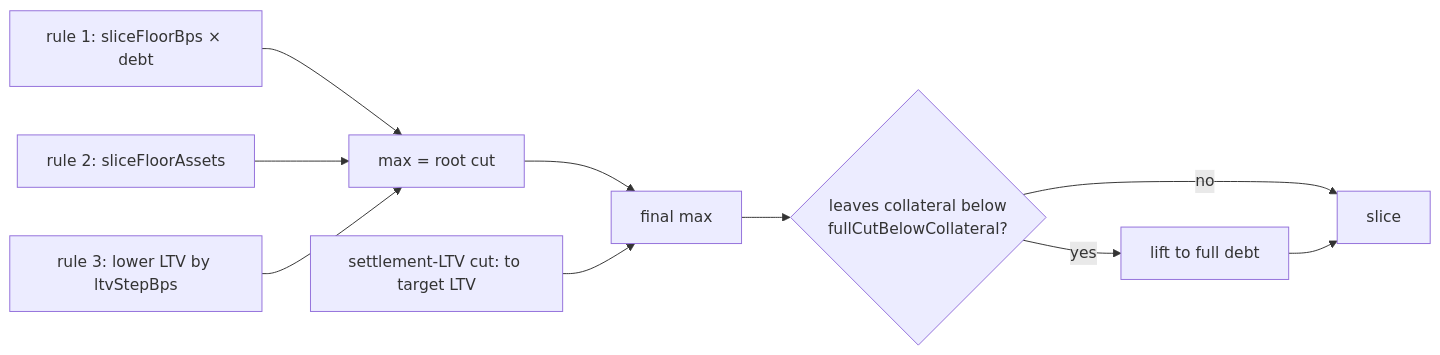
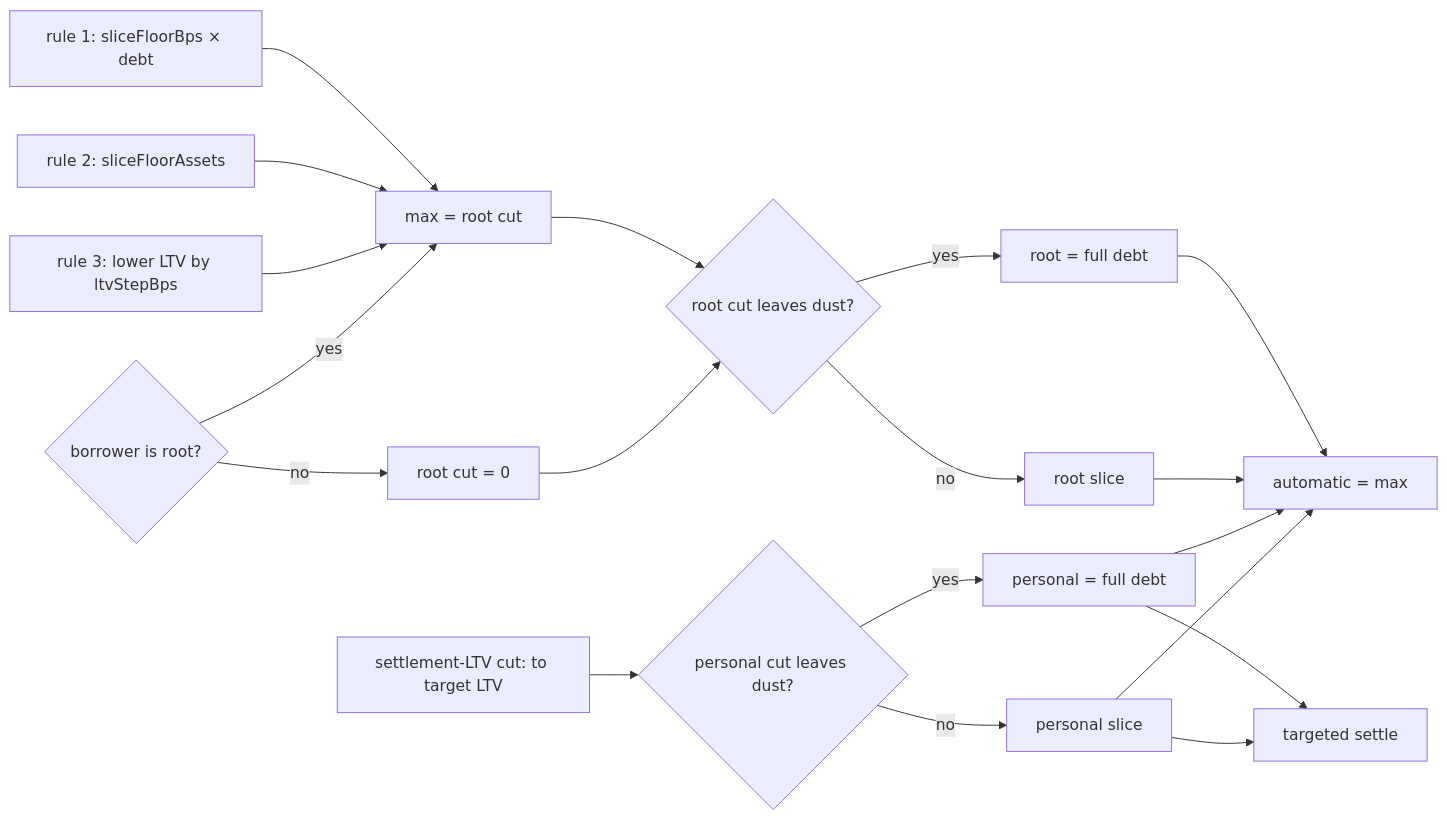
Before and after one commit to lidofinance/lend-markets: the third of 3 diagrams in docs/specs/architecture.md, drawn with Mermaid. The commit also changed other lines of this file and 22 other files, not shown here.

````diff
--- a/docs/specs/architecture.md
+++ b/docs/specs/architecture.md
@@ -245,12 +271,21 @@
 ```mermaid
 flowchart LR
     A["rule 1: sliceFloorBps × debt"] --> MR[max = root cut]
     B["rule 2: sliceFloorAssets"] --> MR
     C["rule 3: lower LTV by ltvStepBps"] --> MR
-    MR --> MA[final max]
-    WM["settlement-LTV cut: to target LTV"] --> MA
-    MA --> SW{leaves collateral below<br/>fullCutBelowCollateral?}
-    SW -->|yes| FD[lift to full debt]
-    SW -->|no| OUT[slice]
-    FD --> OUT
+    Z{"borrower is root?"} -->|yes| MR
+    Z -->|no| NR[root cut = 0]
+    MR --> RD{root cut leaves dust?}
+    NR --> RD
+    RD -->|yes| RF[root = full debt]
+    RD -->|no| RS[root slice]
+    WM["settlement-LTV cut: to target LTV"] --> PD{personal cut leaves dust?}
+    PD -->|yes| PF[personal = full debt]
+    PD -->|no| PS[personal slice]
+    RF --> AUTO[automatic = max]
+    RS --> AUTO
+    PF --> AUTO
+    PS --> AUTO
+    PF --> TARGET[targeted settle]
+    PS --> TARGET
 ```
````
